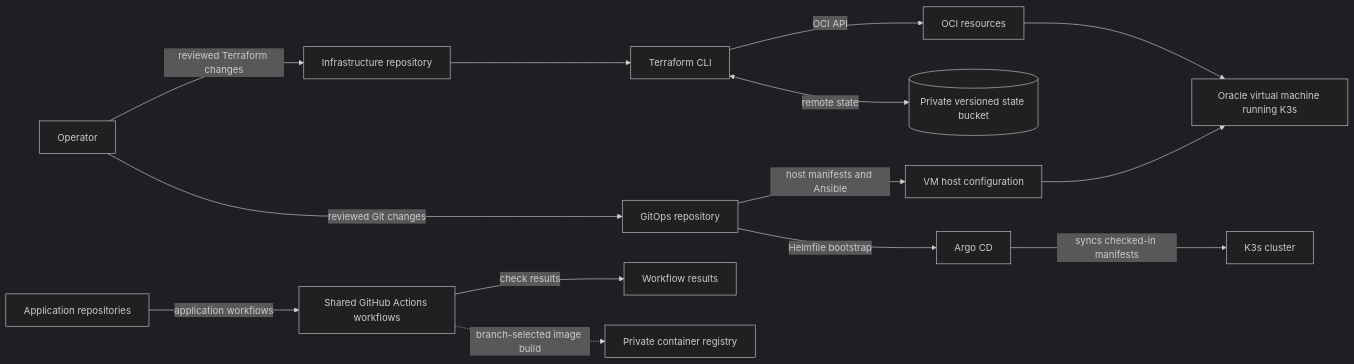
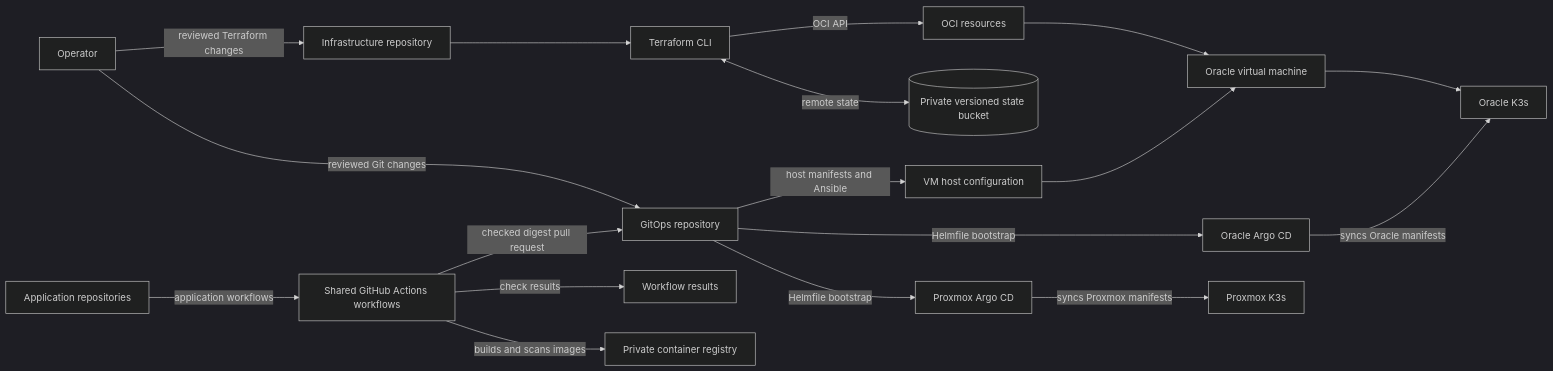
One commit to Disease-Prediction-ASET26/disease-prediction-docs changed the first of 3 diagrams in devops/README.md. Above: the diagram before and after it, drawn with Mermaid (dark theme). The commit also changed other lines of this file, not shown here.

````diff
--- a/devops/README.md
+++ b/devops/README.md
@@ -22,18 +22,22 @@
 ```mermaid
 flowchart LR
   operator[Operator] -->|reviewed Terraform changes| infraRepo[Infrastructure repository]
   infraRepo --> terraform[Terraform CLI]
   terraform -->|OCI API| oci[OCI resources]
   terraform <-->|remote state| state[(Private versioned state bucket)]
-  oci --> vm[Oracle virtual machine running K3s]
+  oci --> vm[Oracle virtual machine]
+  vm --> oracle[Oracle K3s]
 
   operator -->|reviewed Git changes| gitRepo[GitOps repository]
-  gitRepo -->|Helmfile bootstrap| argocd[Argo CD]
-  argocd -->|syncs checked-in manifests| k3s[K3s cluster]
+  gitRepo -->|Helmfile bootstrap| oracleArgo[Oracle Argo CD]
+  gitRepo -->|Helmfile bootstrap| proxmoxArgo[Proxmox Argo CD]
+  oracleArgo -->|syncs Oracle manifests| oracle
+  proxmoxArgo -->|syncs Proxmox manifests| proxmox[Proxmox K3s]
   gitRepo -->|host manifests and Ansible| host[VM host configuration]
   host --> vm
 
   appRepos[Application repositories] -->|application workflows| sharedCI[Shared GitHub Actions workflows]
   sharedCI -->|check results| results[Workflow results]
-  sharedCI -. branch-selected image build .-> registry[Private container registry]
+  sharedCI -->|builds and scans images| registry[Private container registry]
+  sharedCI -->|checked digest pull request| gitRepo
 ```
````
